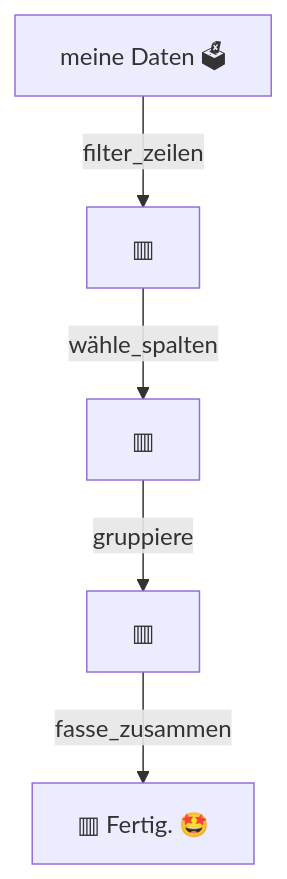
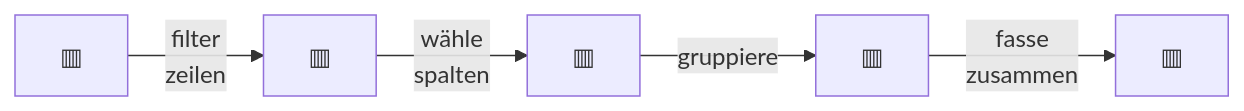
The second of 2 diagrams in 030-aufbereiten.qmd (sebastiansauer/statistik1), drawn with Mermaid before and after one commit. The commit also changed other lines of this file and 694 other files, not shown here.

````diff
--- a/030-aufbereiten.qmd
+++ b/030-aufbereiten.qmd
@@ -1184,13 +1194,11 @@
 ```{mermaid}
 %%| fig-cap: Illustration für eine Pfeifensequenz, es geht vorwärts wie am Fließband.
 %%| label: fig-pfeife
-%%| fig-height: 3.5
+%%| fig-height: 0.3
 
-
-flowchart TD
-  A["meine Daten 🗳"] --filter_zeilen-->B["▥"] 
-  B --wähle_spalten--> C["▥"]
+flowchart LR
+  A["▥"] --filter<br>zeilen-->B["▥"] 
+  B --wähle<br>spalten--> C["▥"]
   C --gruppiere--> D["▥"]
-  D --fasse_zusammen--> E["▥ Fertig. 🤩"]
-
+  D --fasse<br>zusammen--> E["▥"]
 ```
````
